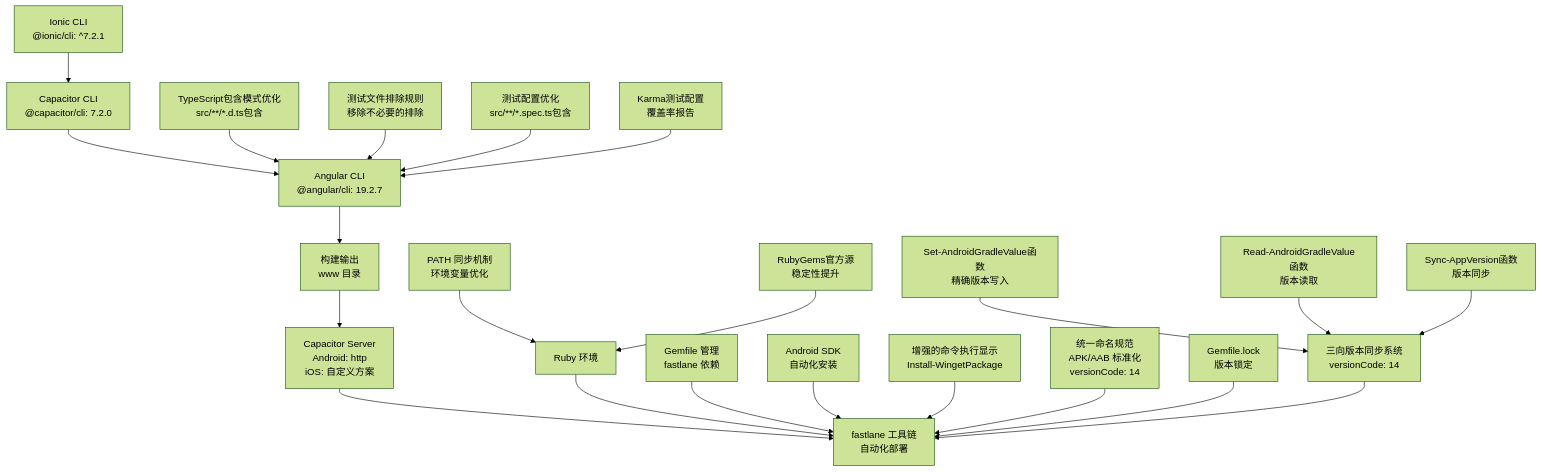
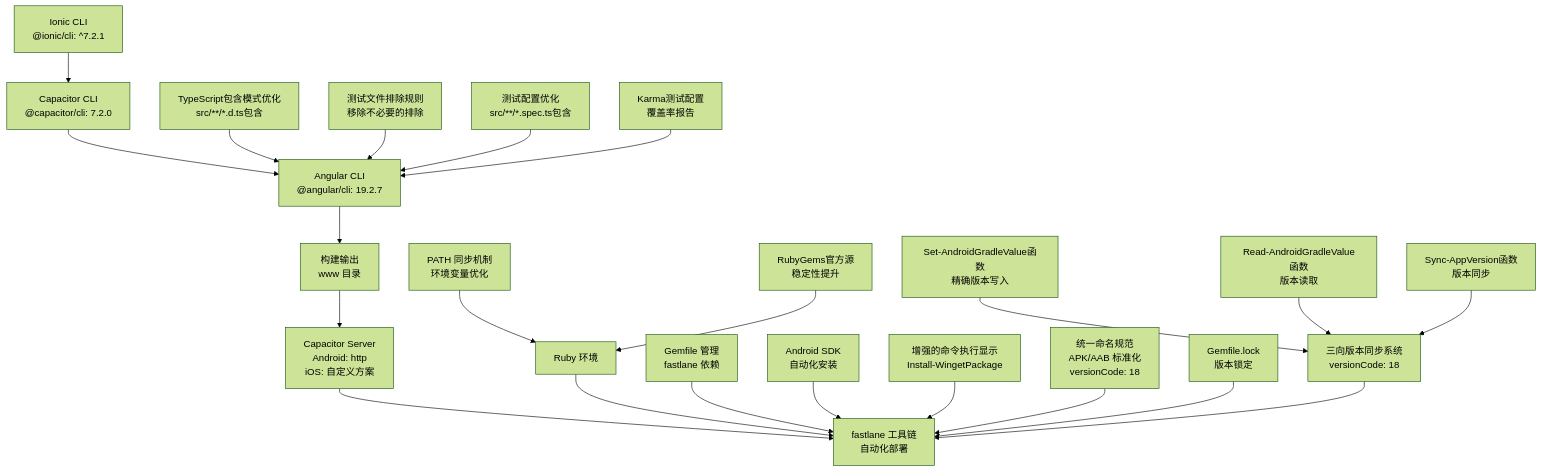
One commit to tea4go/Macro-Deck-Client-App changed the third of 6 diagrams in .qoder/repowiki/zh/content/构建与部署/构建配置.md. Above: the diagram before and after it, drawn with Mermaid (forest theme). The commit also changed other lines of this file and 50 other files, not shown here.

````diff
--- a/.qoder/repowiki/zh/content/构建与部署/构建配置.md
+++ b/.qoder/repowiki/zh/content/构建与部署/构建配置.md
@@ -386,24 +386,24 @@
 ```mermaid
 graph TB
 A["Ionic CLI<br/>@ionic/cli: ^7.2.1"] --> B["Capacitor CLI<br/>@capacitor/cli: 7.2.0"]
 B --> C["Angular CLI<br/>@angular/cli: 19.2.7"]
 C --> D["构建输出<br/>www 目录"]
 D --> E["Capacitor Server<br/>Android: http<br/>iOS: 自定义方案"]
 E --> F["fastlane 工具链<br/>自动化部署"]
 G["Ruby 环境"] --> F
 H["Gemfile 管理<br/>fastlane 依赖"] --> F
 I["Android SDK<br/>自动化安装"] --> F
 J["PATH 同步机制<br/>环境变量优化"] --> G
 K["增强的命令执行显示<br/>Install-WingetPackage"] --> F
-L["统一命名规范<br/>APK/AAB 标准化<br/>versionCode: 14"] --> F
+L["统一命名规范<br/>APK/AAB 标准化<br/>versionCode: 18"] --> F
 M["Gemfile.lock<br/>版本锁定"] --> F
 N["RubyGems官方源<br/>稳定性提升"] --> G
-O["三向版本同步系统<br/>versionCode: 14"] --> F
+O["三向版本同步系统<br/>versionCode: 18"] --> F
 P["Set-AndroidGradleValue函数<br/>精确版本写入"] --> O
 Q["Read-AndroidGradleValue函数<br/>版本读取"] --> O
 R["Sync-AppVersion函数<br/>版本同步"] --> O
 S["TypeScript包含模式优化<br/>src/**/*.d.ts包含"] --> C
 T["测试文件排除规则<br/>移除不必要的排除"] --> C
 U["测试配置优化<br/>src/**/*.spec.ts包含"] --> C
 V["Karma测试配置<br/>覆盖率报告"] --> C
 ```
````
